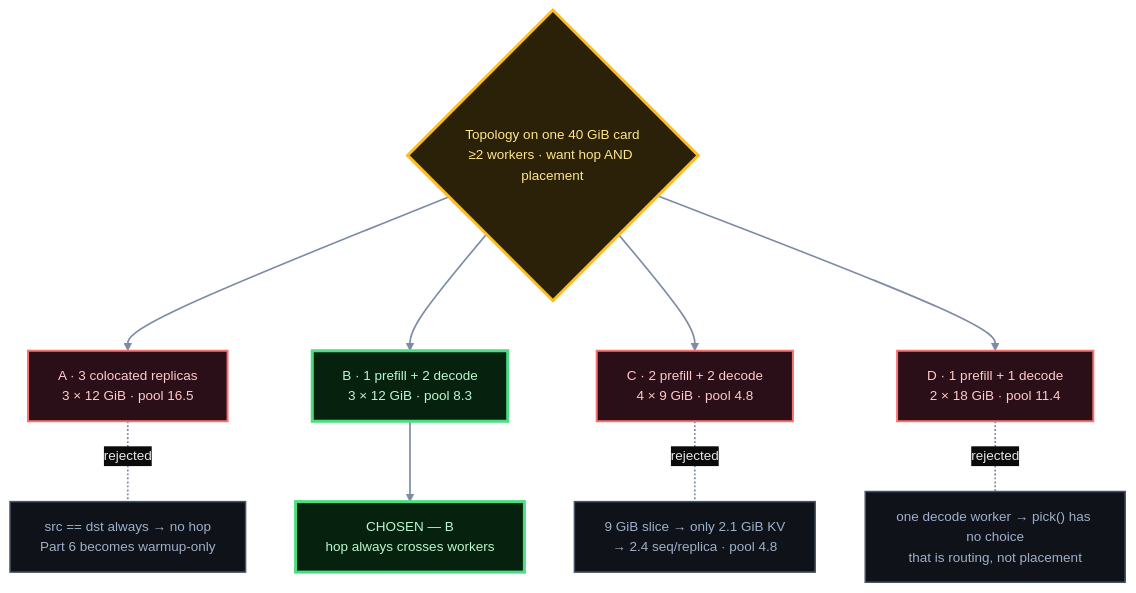
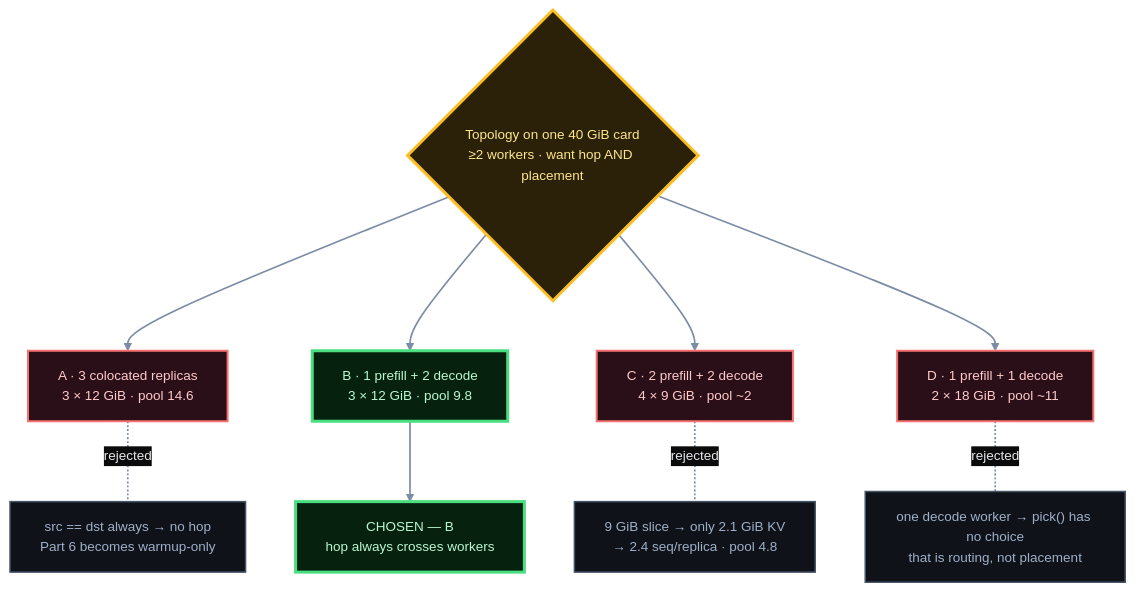
The fourth of 7 diagrams in SUBMISSION.md (harshuljain13/Dodona), drawn with Mermaid before and after one commit. The commit also changed other lines of this file and 2 other files, not shown here.

````diff
--- a/SUBMISSION.md
+++ b/SUBMISSION.md
@@ -539,58 +545,58 @@
 ```mermaid
 %%{init: {'theme':'base','themeVariables':{
   'darkMode':true,'background':'#0B0B0B',
   'fontFamily':'Helvetica, Arial, sans-serif','fontSize':'13.5px',
   'primaryColor':'#111827','primaryTextColor':'#E5E7EB','primaryBorderColor':'#475569',
   'lineColor':'#7C8CA6','textColor':'#E5E7EB','titleColor':'#E5E7EB',
   'clusterBkg':'#0F1218','clusterBorder':'#263142','edgeLabelBackground':'#0B0B0B'
 }}}%%
 flowchart TD
     S{"Topology on one 40 GiB card<br/>≥2 workers · want hop AND placement"}
 
-    A["A · 3 colocated replicas<br/>3 × 12 GiB · pool 16.5"]
-    B["B · 1 prefill + 2 decode<br/>3 × 12 GiB · pool 8.3"]
-    C["C · 2 prefill + 2 decode<br/>4 × 9 GiB · pool 4.8"]
-    D["D · 1 prefill + 1 decode<br/>2 × 18 GiB · pool 11.4"]
+    A["A · 3 colocated replicas<br/>3 × 12 GiB · pool 14.6"]
+    B["B · 1 prefill + 2 decode<br/>3 × 12 GiB · pool 9.8"]
+    C["C · 2 prefill + 2 decode<br/>4 × 9 GiB · pool ~2"]
+    D["D · 1 prefill + 1 decode<br/>2 × 18 GiB · pool ~11"]
 
     AX["src == dst always → no hop<br/>Part 6 becomes warmup-only"]
     CX["9 GiB slice → only 2.1 GiB KV<br/>→ 2.4 seq/replica · pool 4.8"]
     DX["one decode worker → pick() has no choice<br/>that is routing, not placement"]
 
     FIN["CHOSEN — B<br/>hop always crosses workers"]
 
     S --> A & B & C & D
     A -.-|"rejected"| AX
     C -.-|"rejected"| CX
     D -.-|"rejected"| DX
     B ==> FIN
 
     class B,FIN pick
     class S gate
     class A,C,D dead
     class AX,CX,DX note
 
     classDef actor    fill:#2B0F18,stroke:#FB7185,stroke-width:2px,color:#FECDD3
     classDef input    fill:#2B0F18,stroke:#FB7185,stroke-width:2px,color:#FECDD3
     classDef ext      fill:#1E1033,stroke:#C084FC,stroke-width:2px,color:#E9D5FF
     classDef accent   fill:#1E1033,stroke:#C084FC,stroke-width:2px,color:#E9D5FF
     classDef ours     fill:#0C1A33,stroke:#60A5FA,stroke-width:2px,color:#DBEAFE
     classDef primary  fill:#0C1A33,stroke:#60A5FA,stroke-width:2px,color:#DBEAFE
     classDef alt      fill:#0C1A33,stroke:#60A5FA,stroke-width:2px,color:#DBEAFE
     classDef gate     fill:#2B2008,stroke:#FBBF24,stroke-width:3px,color:#FDE68A
     classDef decision fill:#2B2008,stroke:#FBBF24,stroke-width:3px,color:#FDE68A
     classDef engine   fill:#06220F,stroke:#4ADE80,stroke-width:2px,color:#BBF7D0
     classDef secondary fill:#06220F,stroke:#4ADE80,stroke-width:2px,color:#BBF7D0
     classDef store    fill:#2A1405,stroke:#FB923C,stroke-width:2px,color:#FED7AA
     classDef data     fill:#2A1405,stroke:#FB923C,stroke-width:2px,color:#FED7AA
     classDef lib      fill:#13163A,stroke:#818CF8,stroke-width:2px,color:#C7D2FE
     classDef highlight fill:#13163A,stroke:#818CF8,stroke-width:2px,color:#C7D2FE
     classDef obs      fill:#0F172A,stroke:#94A3B8,stroke-width:2px,color:#CBD5E1
     classDef neutral  fill:#0F172A,stroke:#94A3B8,stroke-width:2px,color:#CBD5E1
     classDef overflow fill:#2A0F2A,stroke:#E879F9,stroke-width:2px,color:#F5D0FE
     classDef out      fill:#04302B,stroke:#22D3EE,stroke-width:2.5px,color:#A5F3FC
     classDef success  fill:#04302B,stroke:#22D3EE,stroke-width:2.5px,color:#A5F3FC
     classDef pick     fill:#06220F,stroke:#4ADE80,stroke-width:3px,color:#BBF7D0
     classDef dead     fill:#2B0F18,stroke:#F87171,stroke-width:2px,color:#FECACA
     classDef note     fill:#0F1218,stroke:#475569,stroke-width:1.5px,color:#9FB0C9
     linkStyle default stroke:#7C8CA6,stroke-width:1.7px
 ```
````
